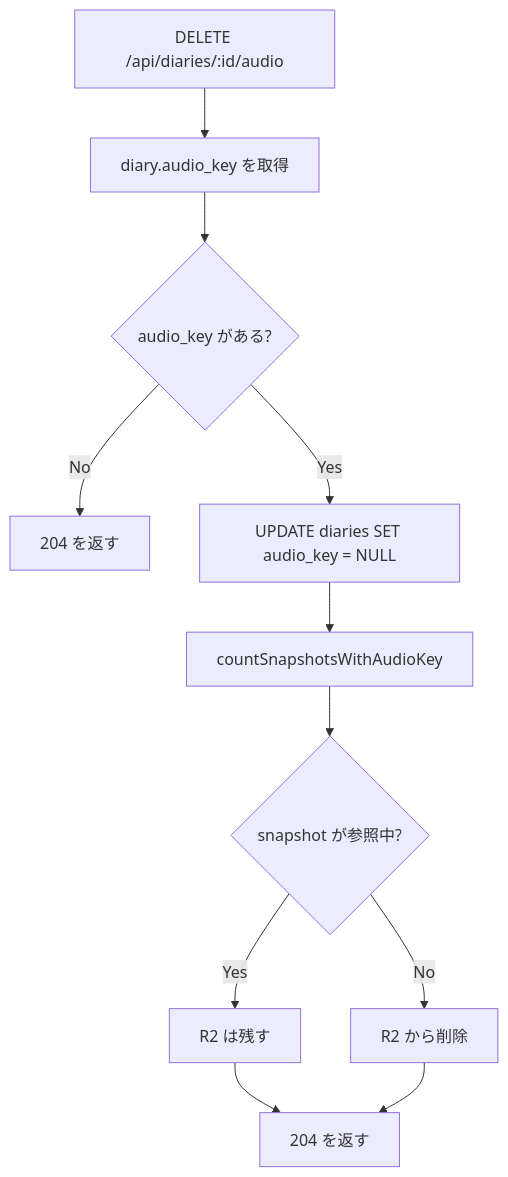
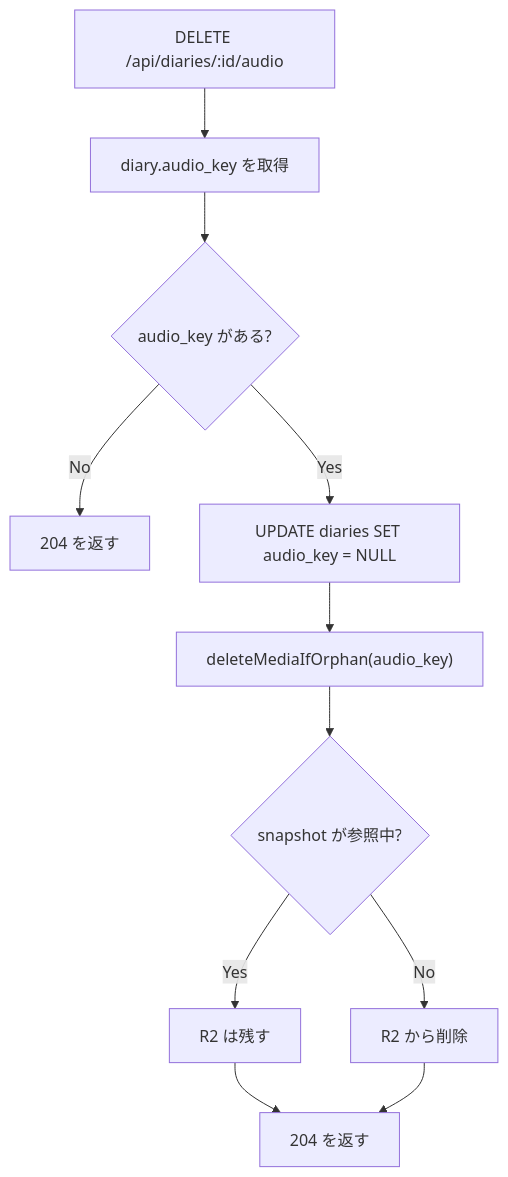
Before and after one commit to shimabox/400-diary: the fourth of 5 diagrams in docs/architecture/audio.md, drawn with Mermaid. The commit also changed other lines of this file and 4 other files, not shown here.

Commit message:
architecture docsを現行実装に揃える (#45)

````diff
--- a/docs/architecture/audio.md
+++ b/docs/architecture/audio.md
@@ -176,13 +176,13 @@
 ```mermaid
 flowchart TD
     A["DELETE /api/diaries/:id/audio"] --> B["diary.audio_key を取得"]
     B --> C{"audio_key がある?"}
     C -->|No| D["204 を返す"]
     C -->|Yes| E["UPDATE diaries SET audio_key = NULL"]
-    E --> F["countSnapshotsWithAudioKey"]
+    E --> F["deleteMediaIfOrphan(audio_key)"]
     F --> G{"snapshot が参照中?"}
     G -->|Yes| H["R2 は残す"]
     G -->|No| I["R2 から削除"]
     H --> J["204 を返す"]
     I --> J
 ```
````
